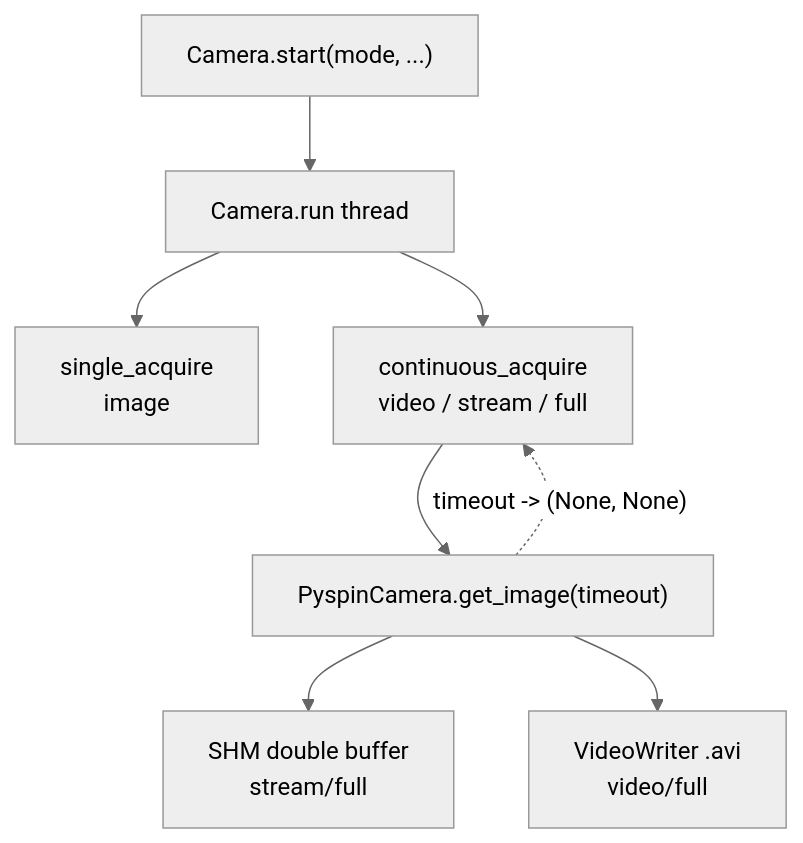
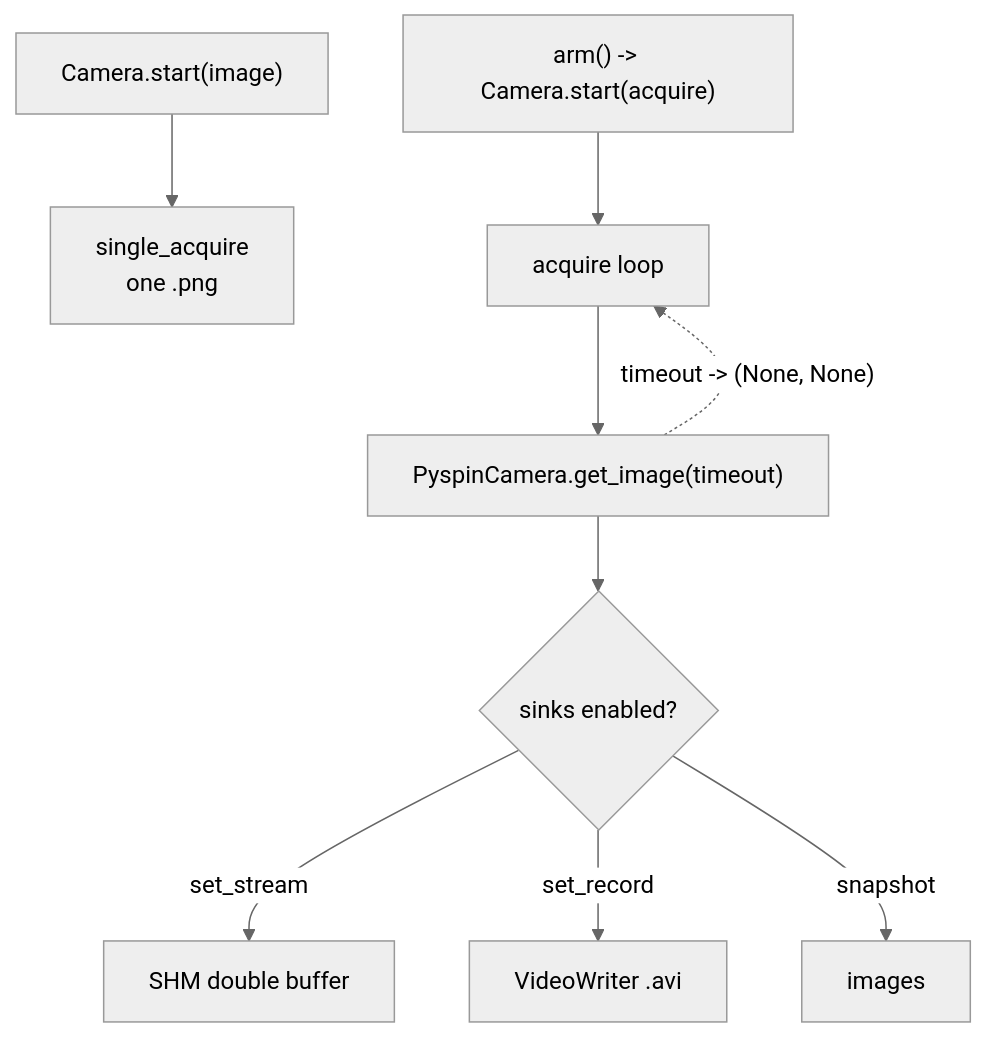
One commit to willi19/paradex changed the second of 2 diagrams in docs/camera_system.md. Above: the diagram before and after it, drawn with Mermaid (neutral theme). The commit also changed other lines of this file and 132 other files, not shown here.

First line of the commit message:
docs: rebuild site for the two-mode + sinks API (arm/set_record/set_stream/snapshot/set_param)

````diff
--- a/docs/camera_system.md
+++ b/docs/camera_system.md
@@ -129,10 +134,11 @@
 ```{mermaid}
 flowchart TD
-    START["Camera.start(mode, ...)"] --> RUN["Camera.run thread"]
-    RUN --> ONE["single_acquire<br/>image"]
-    RUN --> CONT["continuous_acquire<br/>video / stream / full"]
+    START["Camera.start(image)"] --> ONE["single_acquire<br/>one .png"]
+    ARM["arm() -> Camera.start(acquire)"] --> CONT["acquire loop"]
     CONT --> GRAB["PyspinCamera.get_image(timeout)"]
-    GRAB --> SHM["SHM double buffer<br/>stream/full"]
-    GRAB --> AVI["VideoWriter .avi<br/>video/full"]
+    GRAB --> ROUTE{"sinks enabled?"}
+    ROUTE -->|set_stream| SHM["SHM double buffer"]
+    ROUTE -->|set_record| AVI["VideoWriter .avi"]
+    ROUTE -->|snapshot| PNG["images"]
     GRAB -. "timeout -> (None, None)" .-> CONT
 ```
````
